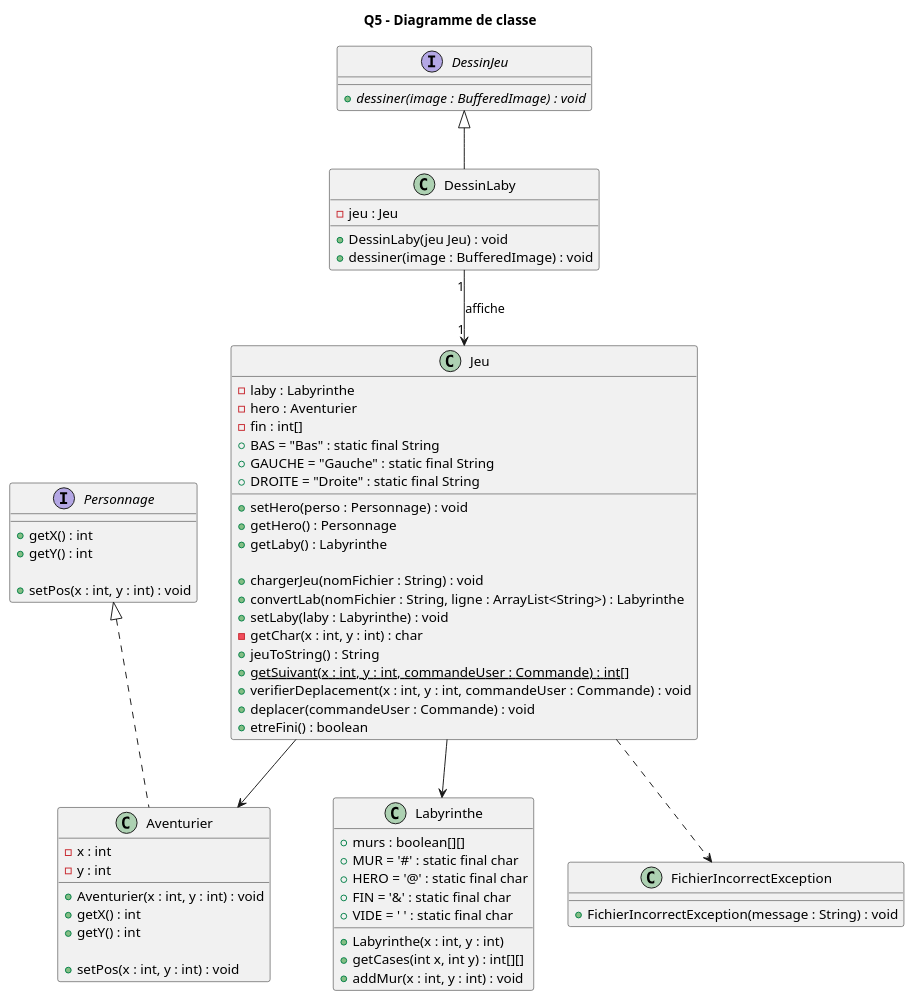
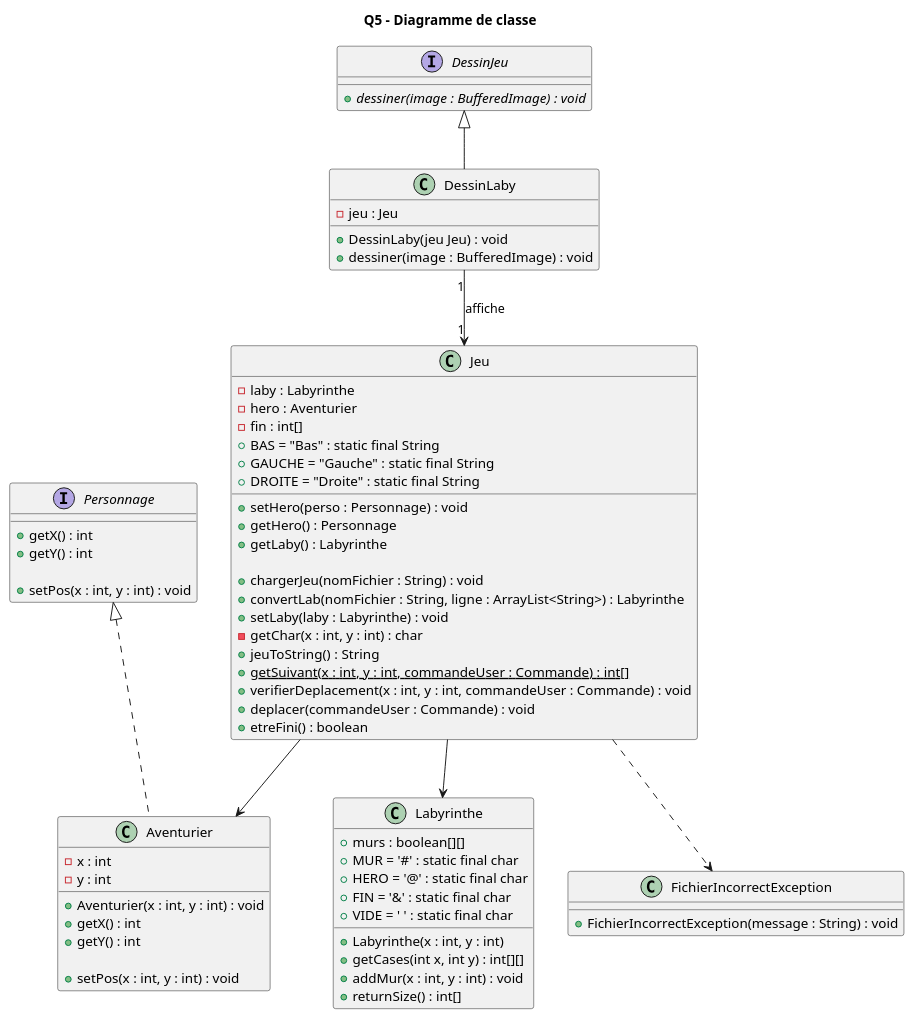
One commit to lucas-martinati-pro/SAE_S2.01_Zeldiablo-LucasM_JeanLM_PierreGSV changed the diagram in projet_zeldiablo/documents/version_2/Q5 - Diagramme de Classe.puml. Above: the diagram before and after it, drawn with PlantUML.

Commit message:
edit: Diagramme car manque méthodes

```diff
--- a/projet_zeldiablo/documents/version_2/Q5 - Diagramme de Classe.puml
+++ b/projet_zeldiablo/documents/version_2/Q5 - Diagramme de Classe.puml
@@ -1,73 +1,74 @@
 @startuml
     title Q5 - Diagramme de classe
 
 class Jeu {
     -laby : Labyrinthe
     -hero : Aventurier
     -fin : int[]
     +BAS = "Bas" : static final String
     +GAUCHE = "Gauche" : static final String
     +DROITE = "Droite" : static final String
 
     +setHero(perso : Personnage) : void
     +getHero() : Personnage
     +getLaby() : Labyrinthe
 
     +chargerJeu(nomFichier : String) : void
     +convertLab(nomFichier : String, ligne : ArrayList<String>) : Labyrinthe
     +setLaby(laby : Labyrinthe) : void
     -getChar(x : int, y : int) : char
     +jeuToString() : String
     +{static} getSuivant(x : int, y : int, commandeUser : Commande) : int[]
     +verifierDeplacement(x : int, y : int, commandeUser : Commande) : void
     +deplacer(commandeUser : Commande) : void
     +etreFini() : boolean
 }
 class Labyrinthe {
     +murs : boolean[][]
     +MUR = '#' : static final char
     +HERO = '@' : static final char
     +FIN = '&' : static final char
     +VIDE = ' ' : static final char
 
     +Labyrinthe(x : int, y : int)
     +getCases(int x, int y) : int[][]
     +addMur(x : int, y : int) : void
+    +returnSize() : int[]
 }
 interface Personnage {
     +getX() : int
     +getY() : int
 
     +setPos(x : int, y : int) : void
 }
 class Aventurier {
     -x : int
     -y : int
 
     +Aventurier(x : int, y : int) : void
     +getX() : int
     +getY() : int
 
     +setPos(x : int, y : int) : void
 
 }
 class FichierIncorrectException {
     +FichierIncorrectException(message : String) : void
 }
 interface DessinJeu {
     +{abstract} dessiner(image : BufferedImage) : void
 }
 class DessinLaby {
     -jeu : Jeu
 
     +DessinLaby(jeu Jeu) : void
     +dessiner(image : BufferedImage) : void
 }
 
 DessinJeu <|-- DessinLaby
 DessinLaby "1" --> "1" Jeu : affiche
 Jeu --> Labyrinthe
 Jeu --> Aventurier
 Personnage <|.. Aventurier
 Jeu ..> FichierIncorrectException
 @enduml
```
